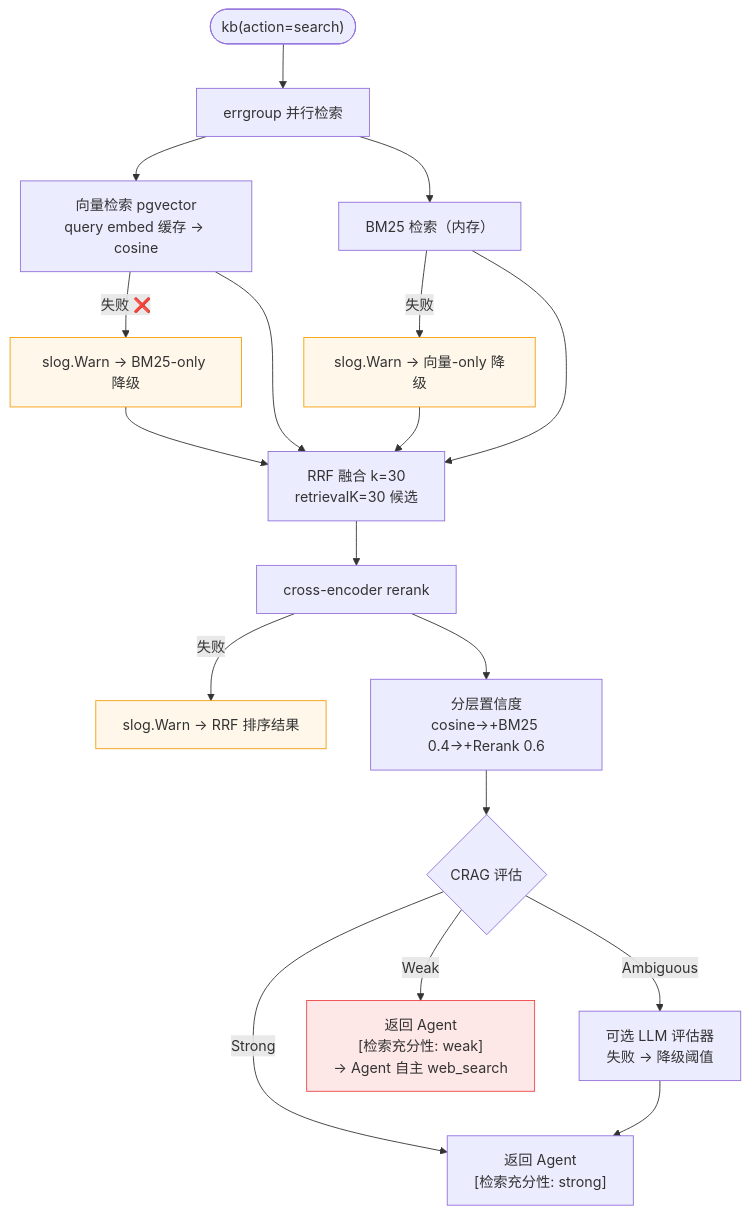
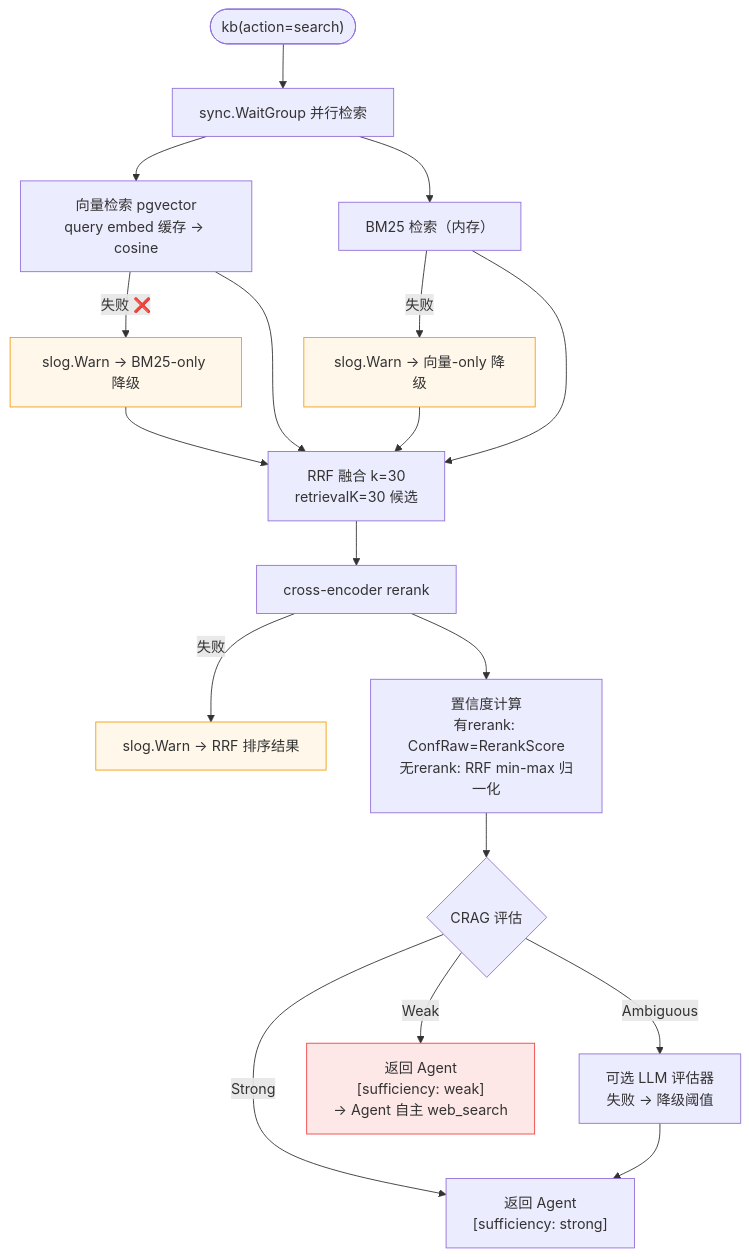
Before and after one commit to int2t05/Cognik: the tenth of 11 diagrams in docs/TECH.md, drawn with Mermaid. The commit also changed other lines of this file and 19 other files, not shown here.

````diff
--- a/docs/TECH.md
+++ b/docs/TECH.md
@@ -371,25 +371,25 @@
 ```mermaid
 flowchart TD
-    Start(["kb(action=search)"]) --> PAR["errgroup 并行检索"]
+    Start(["kb(action=search)"]) --> PAR["sync.WaitGroup 并行检索"]
     PAR --> VEC["向量检索 pgvector<br/>query embed 缓存 → cosine"]
     PAR --> BM25["BM25 检索（内存）"]
     VEC -->|失败 ❌| VEC_DG["slog.Warn → BM25-only 降级"]
     BM25 -->|失败| BM_DG["slog.Warn → 向量-only 降级"]
     VEC --> FUSE["RRF 融合 k=30<br/>retrievalK=30 候选"]
     BM25 --> FUSE
     VEC_DG --> FUSE
     BM_DG --> FUSE
     FUSE --> RR["cross-encoder rerank"]
     RR -->|失败| RR_DG["slog.Warn → RRF 排序结果"]
-    RR --> CONF["分层置信度<br/>cosine→+BM25 0.4→+Rerank 0.6"]
+    RR --> CONF["置信度计算<br/>有rerank: ConfRaw=RerankScore<br/>无rerank: RRF min-max 归一化"]
     CONF --> CRAG{"CRAG 评估"}
-    CRAG -->|Strong| OK["返回 Agent<br/>[检索充分性: strong]"]
-    CRAG -->|Weak| WEAK["返回 Agent<br/>[检索充分性: weak]<br/>→ Agent 自主 web_search"]
+    CRAG -->|Strong| OK["返回 Agent<br/>[sufficiency: strong]"]
+    CRAG -->|Weak| WEAK["返回 Agent<br/>[sufficiency: weak]<br/>→ Agent 自主 web_search"]
     CRAG -->|Ambiguous| AMB["可选 LLM 评估器<br/>失败 → 降级阈值"]
     AMB --> OK
 
     style VEC_DG fill:#f59e0b15,stroke:#f59e0b
     style BM_DG fill:#f59e0b15,stroke:#f59e0b
     style RR_DG fill:#f59e0b15,stroke:#f59e0b
     style WEAK fill:#ef444420,stroke:#ef4444
 ```
````
